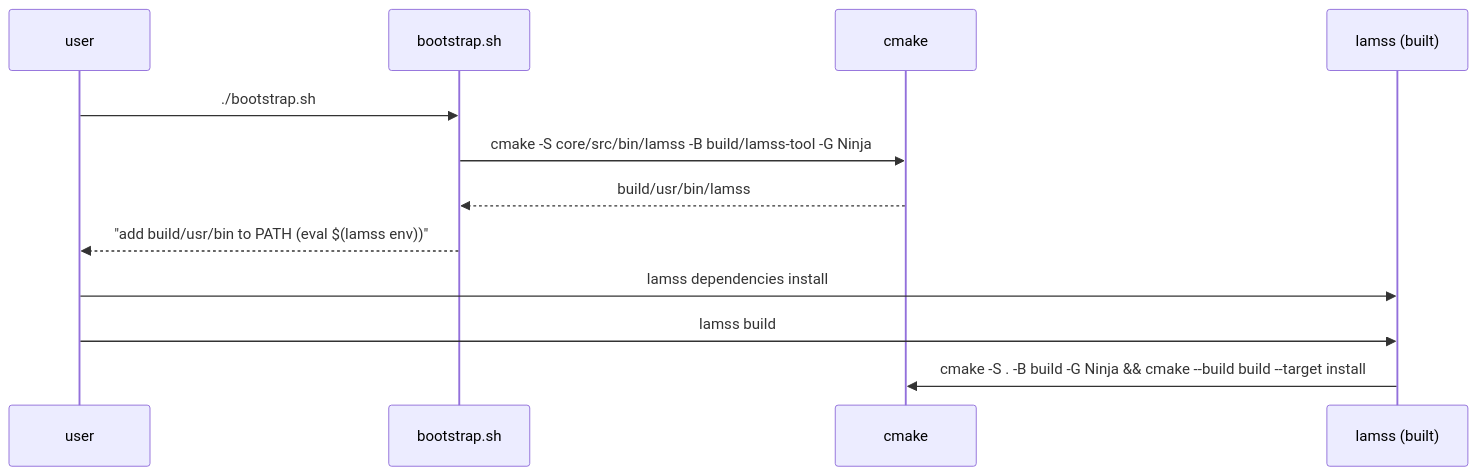
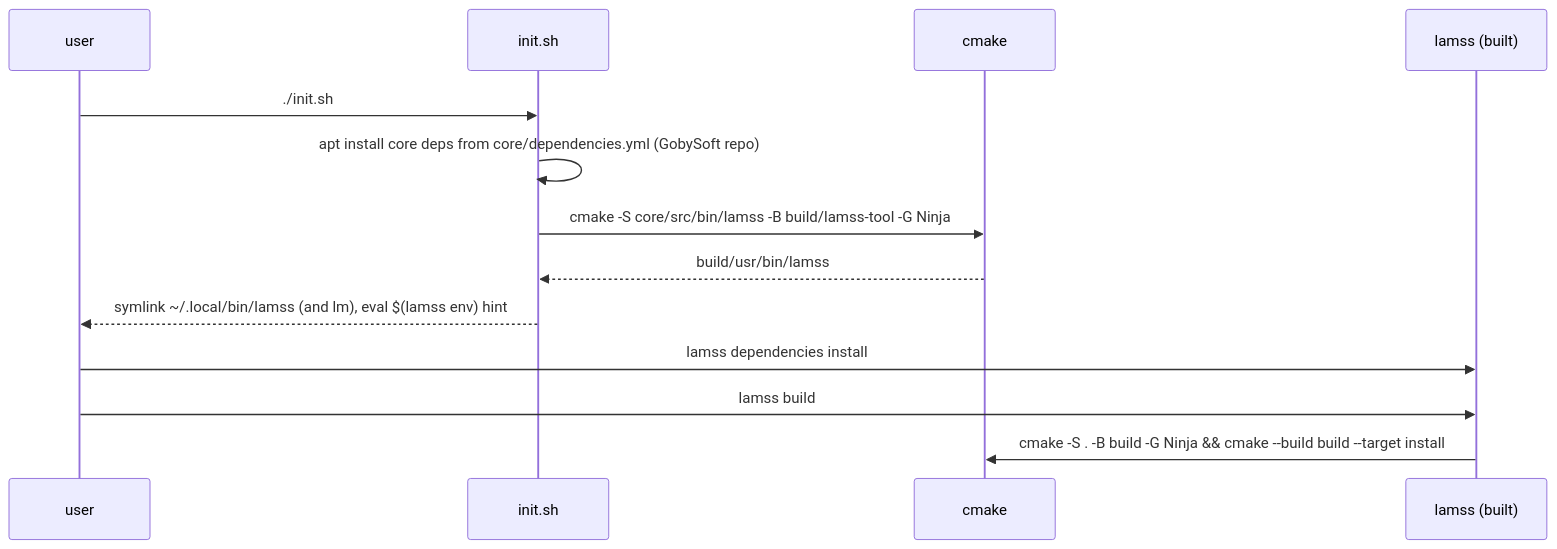
One commit to GobySoft/lamss3 changed the first of 2 diagrams in core/src/doc/plan/claude/03-lamss-tool.md. Above: the diagram before and after it, drawn with Mermaid. The commit also changed other lines of this file and 11 other files, not shown here.

````diff
--- a/core/src/doc/plan/claude/03-lamss-tool.md
+++ b/core/src/doc/plan/claude/03-lamss-tool.md
@@ -18,14 +18,15 @@
 ```mermaid
 sequenceDiagram
   participant U as user
-  participant B as bootstrap.sh
+  participant B as init.sh
   participant C as cmake
   participant L as lamss (built)
-  U->>B: ./bootstrap.sh
+  U->>B: ./init.sh
+  B->>B: apt install core deps from core/dependencies.yml (GobySoft repo)
   B->>C: cmake -S core/src/bin/lamss -B build/lamss-tool -G Ninja
   C-->>B: build/usr/bin/lamss
-  B-->>U: "add build/usr/bin to PATH (eval $(lamss env))"
+  B-->>U: symlink ~/.local/bin/lamss (and lm), eval $(lamss env) hint
   U->>L: lamss dependencies install
   U->>L: lamss build
   L->>C: cmake -S . -B build -G Ninja && cmake --build build --target install
 ```
````
